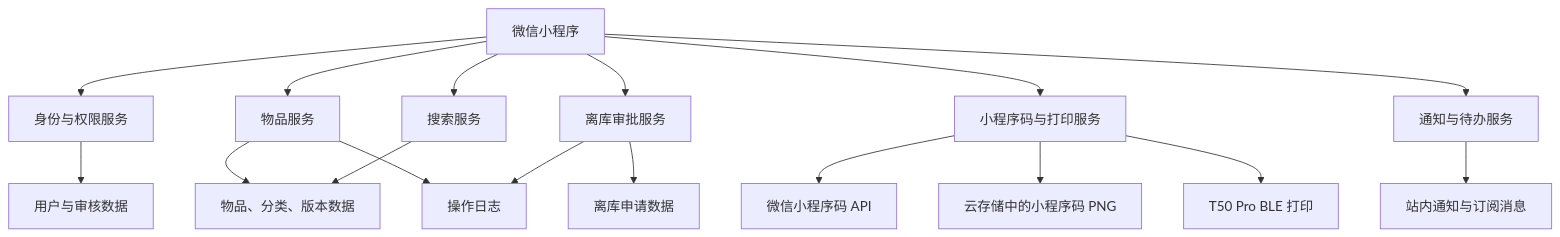
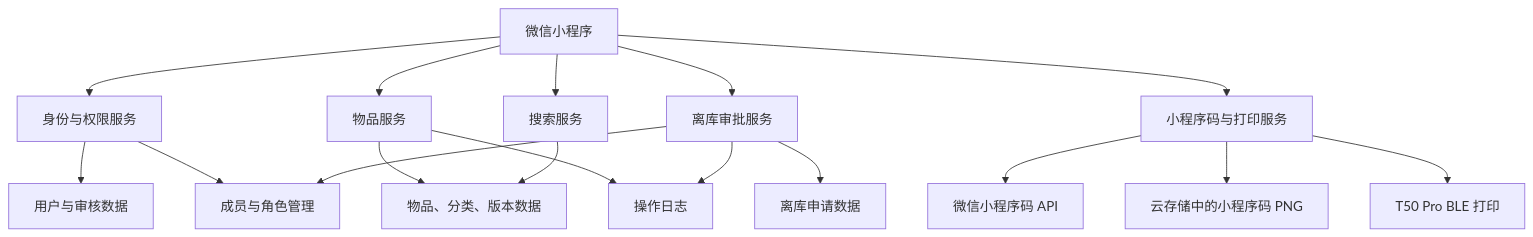
The second of 2 diagrams in 产品需求与架构.md (kindness314/sthmoving), drawn with Mermaid before and after one commit. The commit also changed other lines of this file and 125 other files, not shown here.

````diff
--- a/产品需求与架构.md
+++ b/产品需求与架构.md
@@ -774,19 +823,19 @@
 ```mermaid
 flowchart TD
     A["微信小程序"] --> B["身份与权限服务"]
     A --> C["物品服务"]
     A --> D["搜索服务"]
     A --> E["离库审批服务"]
     A --> F["小程序码与打印服务"]
-    A --> L["通知与待办服务"]
     B --> G["用户与审核数据"]
     C --> H["物品、分类、版本数据"]
     D --> H
     E --> I["离库申请数据"]
     C --> J["操作日志"]
     E --> J
     F --> K["微信小程序码 API"]
     F --> N["云存储中的小程序码 PNG"]
     F --> O["T50 Pro BLE 打印"]
-    L --> M["站内通知与订阅消息"]
+    B --> M["成员与角色管理"]
+    E --> M
 ```
````
